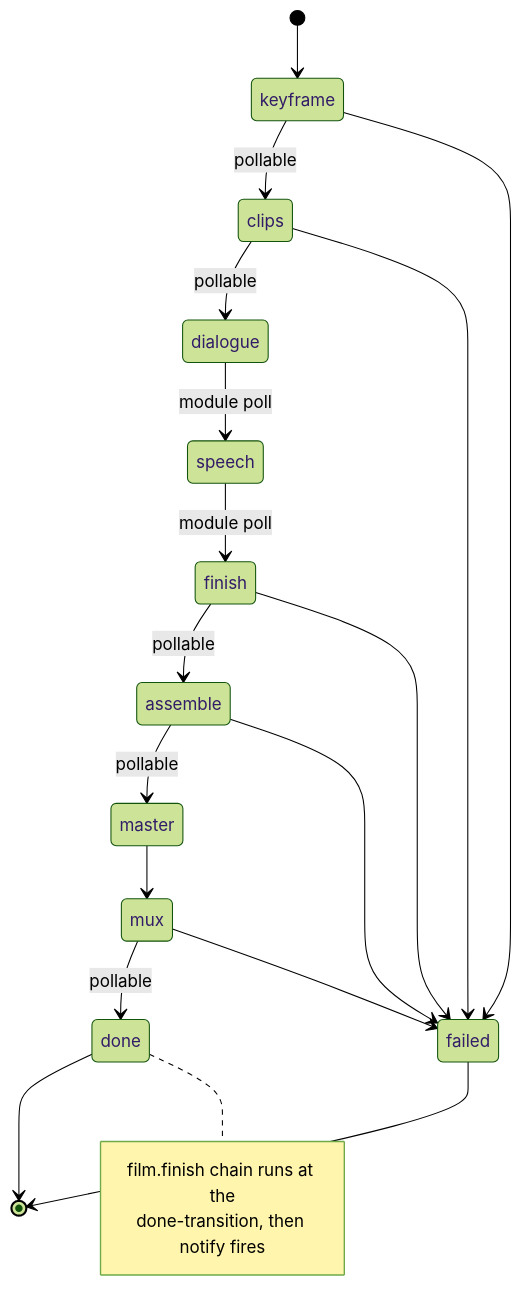
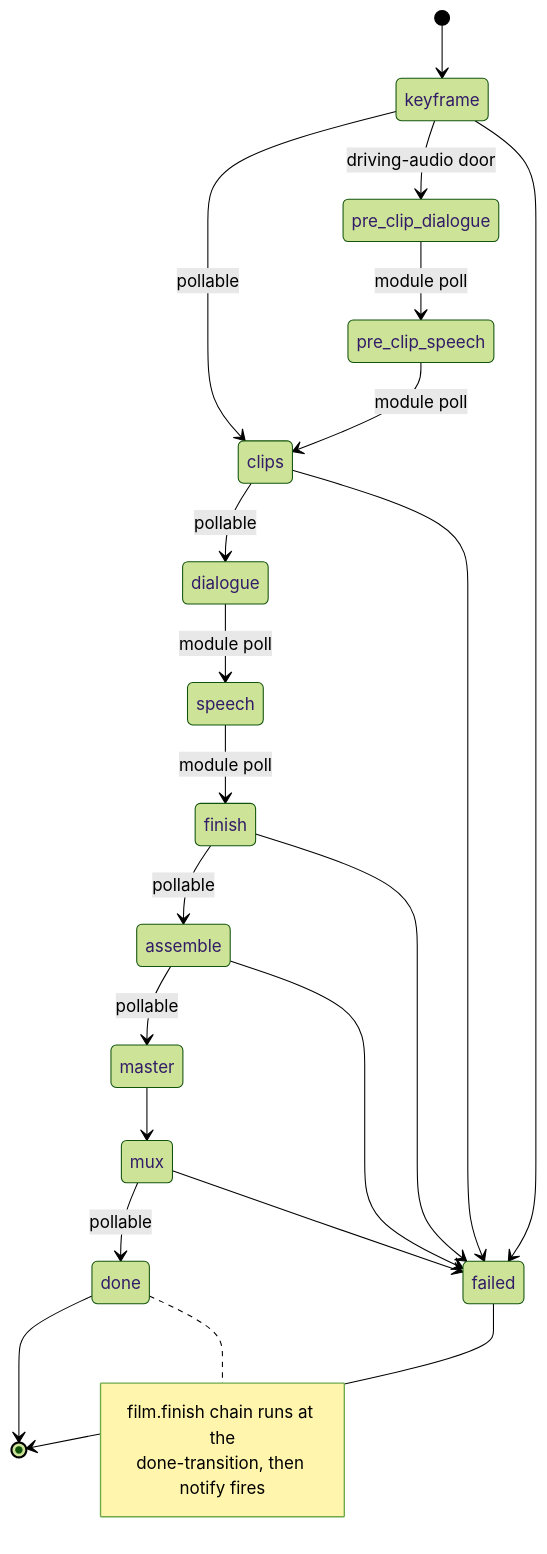
Before and after one commit to skyphusion-labs/vivijure-cf: the sixth of 6 diagrams in docs/CONTRACT.md, drawn with Mermaid (forest theme). The commit also changed other lines of this file, not shown here.

````diff
--- a/docs/CONTRACT.md
+++ b/docs/CONTRACT.md
@@ -1937,23 +2229,26 @@
 ```mermaid
 stateDiagram-v2
   [*] --> keyframe
   keyframe --> clips: pollable
+  keyframe --> pre_clip_dialogue: driving-audio door
+  pre_clip_dialogue --> pre_clip_speech: module poll
+  pre_clip_speech --> clips: module poll
   clips --> dialogue: pollable
   dialogue --> speech: module poll
   speech --> finish: module poll
   finish --> assemble: pollable
   assemble --> master: pollable
   master --> mux
   mux --> done: pollable
   done --> [*]
   keyframe --> failed
   clips --> failed
   finish --> failed
   assemble --> failed
   mux --> failed
   failed --> [*]
   note right of done
     film.finish chain runs at the
     done-transition, then notify fires
   end note
 ```
````
